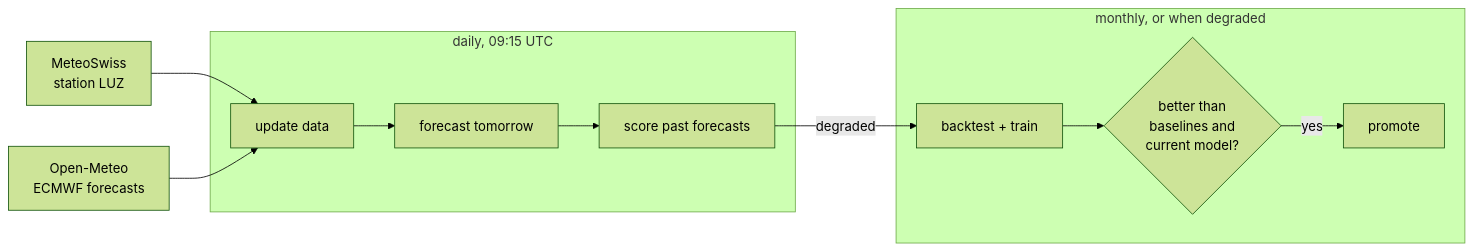
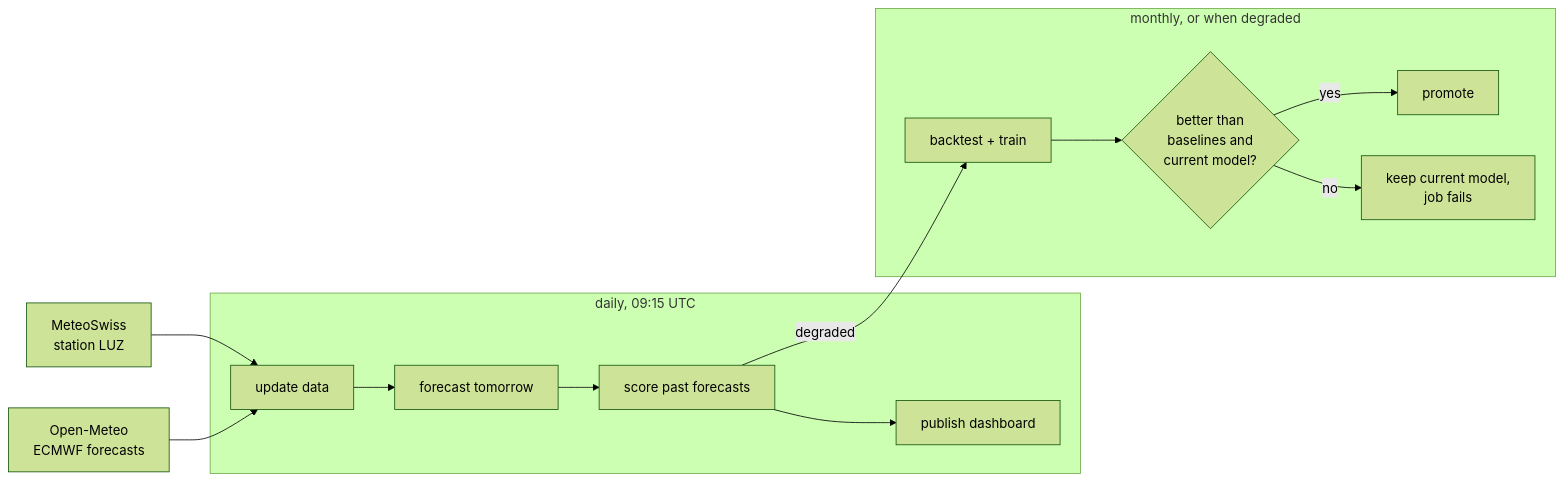
The diagram in README.md (jonastheiler/lucerne_temp), drawn with Mermaid (forest theme) before and after one commit. The commit also changed other lines of this file, not shown here.

Commit message:
Show the dashboard and failed gate in the README diagram, explain recent_error

````diff
--- a/README.md
+++ b/README.md
@@ -53,13 +53,14 @@
 ```mermaid
 flowchart LR
     M[MeteoSwiss<br/>station LUZ] --> D
     E[Open-Meteo<br/>ECMWF forecasts] --> D
     subgraph "daily, 09:15 UTC"
-        D[update data] --> F[forecast tomorrow] --> S[score past forecasts]
+        D[update data] --> F[forecast tomorrow] --> S[score past forecasts] --> W[publish dashboard]
     end
     S -- degraded --> R
     subgraph "monthly, or when degraded"
         R[backtest + train] --> G{better than<br/>baselines and<br/>current model?}
         G -- yes --> P[promote]
+        G -- no --> K[keep current model,<br/>job fails]
     end
 ```
````
